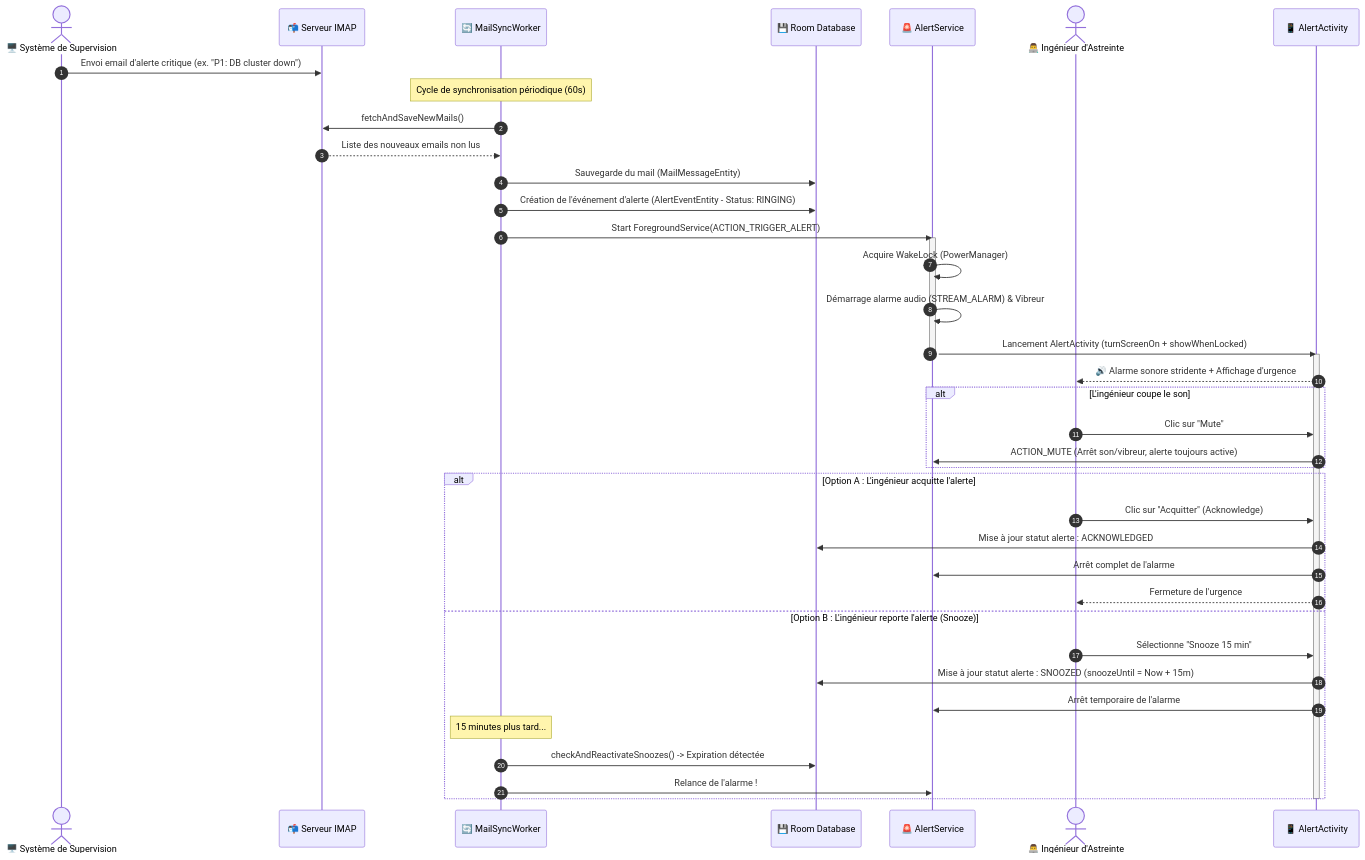
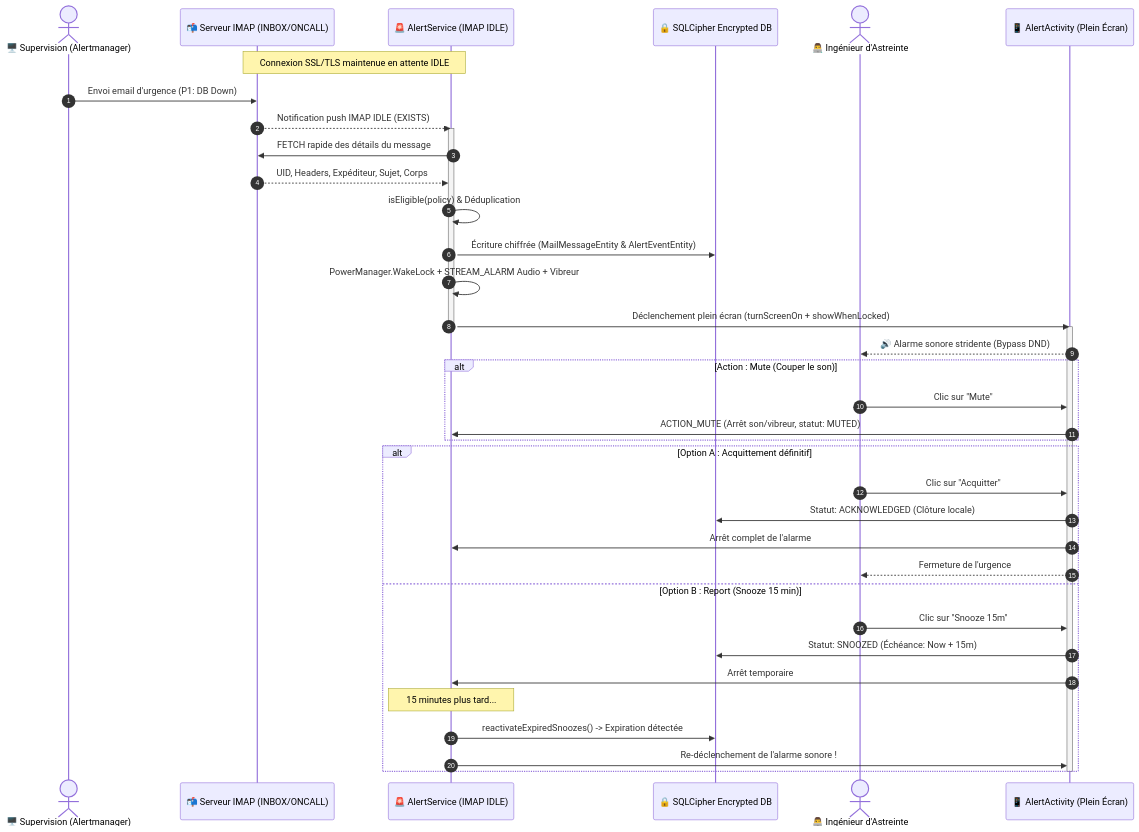
Before and after one commit to Neiney/AstreintUs: the diagram in README.md, drawn with Mermaid. The commit also changed other lines of this file and 33 other files, not shown here.

````diff
--- a/README.md
+++ b/README.md
@@ -315,47 +216,44 @@
 ```mermaid
 sequenceDiagram
     autonumber
-    actor Monitoring as 🖥️ Système de Supervision
-    participant IMAP as 📬 Serveur IMAP
-    participant Worker as 🔄 MailSyncWorker
-    participant DB as 💾 Room Database
-    participant Service as 🚨 AlertService
+    actor Monitoring as 🖥️ Supervision (Alertmanager)
+    participant IMAP as 📬 Serveur IMAP (INBOX/ONCALL)
+    participant Service as 🚨 AlertService (IMAP IDLE)
+    participant DB as 🔒 SQLCipher Encrypted DB
     actor Engineer as 👨‍💻 Ingénieur d'Astreinte
-    participant UI as 📱 AlertActivity
+    participant UI as 📱 AlertActivity (Plein Écran)
 
-    Monitoring->>IMAP: Envoi email d'alerte critique (ex. "P1: DB cluster down")
-    Note over Worker: Cycle de synchronisation périodique (60s)
-    Worker->>IMAP: fetchAndSaveNewMails()
-    IMAP-->>Worker: Liste des nouveaux emails non lus
-    Worker->>DB: Sauvegarde du mail (MailMessageEntity)
-    Worker->>DB: Création de l'événement d'alerte (AlertEventEntity - Status: RINGING)
-    Worker->>Service: Start ForegroundService(ACTION_TRIGGER_ALERT)
-    
+    Note over Service,IMAP: Connexion SSL/TLS maintenue en attente IDLE
+    Monitoring->>IMAP: Envoi email d'urgence (P1: DB Down)
+    IMAP-->>Service: Notification push IMAP IDLE (EXISTS)
     activate Service
-    Service->>Service: Acquire WakeLock (PowerManager)
-    Service->>Service: Démarrage alarme audio (STREAM_ALARM) & Vibreur
-    Service->>UI: Lancement AlertActivity (turnScreenOn + showWhenLocked)
+    Service->>IMAP: FETCH rapide des détails du message
+    IMAP-->>Service: UID, Headers, Expéditeur, Sujet, Corps
+    Service->>Service: isEligible(policy) & Déduplication
+    Service->>DB: Écriture chiffrée (MailMessageEntity & AlertEventEntity)
+    Service->>Service: PowerManager.WakeLock + STREAM_ALARM Audio + Vibreur
+    Service->>UI: Déclenchement plein écran (turnScreenOn + showWhenLocked)
     deactivate Service
 
     activate UI
-    UI-->>Engineer: 🔊 Alarme sonore stridente + Affichage d'urgence
-    alt L'ingénieur coupe le son
+    UI-->>Engineer: 🔊 Alarme sonore stridente (Bypass DND)
+    alt Action : Mute (Couper le son)
         Engineer->>UI: Clic sur "Mute"
-        UI->>Service: ACTION_MUTE (Arrêt son/vibreur, alerte toujours active)
+        UI->>Service: ACTION_MUTE (Arrêt son/vibreur, statut: MUTED)
     end
-    
-    alt Option A : L'ingénieur acquitte l'alerte
-        Engineer->>UI: Clic sur "Acquitter" (Acknowledge)
-        UI->>DB: Mise à jour statut alerte : ACKNOWLEDGED
+
+    alt Option A : Acquittement définitif
+        Engineer->>UI: Clic sur "Acquitter"
+        UI->>DB: Statut: ACKNOWLEDGED (Clôture locale)
         UI->>Service: Arrêt complet de l'alarme
         UI-->>Engineer: Fermeture de l'urgence
-    else Option B : L'ingénieur reporte l'alerte (Snooze)
-        Engineer->>UI: Sélectionne "Snooze 15 min"
-        UI->>DB: Mise à jour statut alerte : SNOOZED (snoozeUntil = Now + 15m)
-        UI->>Service: Arrêt temporaire de l'alarme
-        Note over Worker: 15 minutes plus tard...
-        Worker->>DB: checkAndReactivateSnoozes() -> Expiration détectée
-        Worker->>Service: Relance de l'alarme !
+    else Option B : Report (Snooze 15 min)
+        Engineer->>UI: Clic sur "Snooze 15m"
+        UI->>DB: Statut: SNOOZED (Échéance: Now + 15m)
+        UI->>Service: Arrêt temporaire
+        Note over Service: 15 minutes plus tard...
+        Service->>DB: reactivateExpiredSnoozes() -> Expiration détectée
+        Service->>UI: Re-déclenchement de l'alarme sonore !
     end
     deactivate UI
 ```
````
